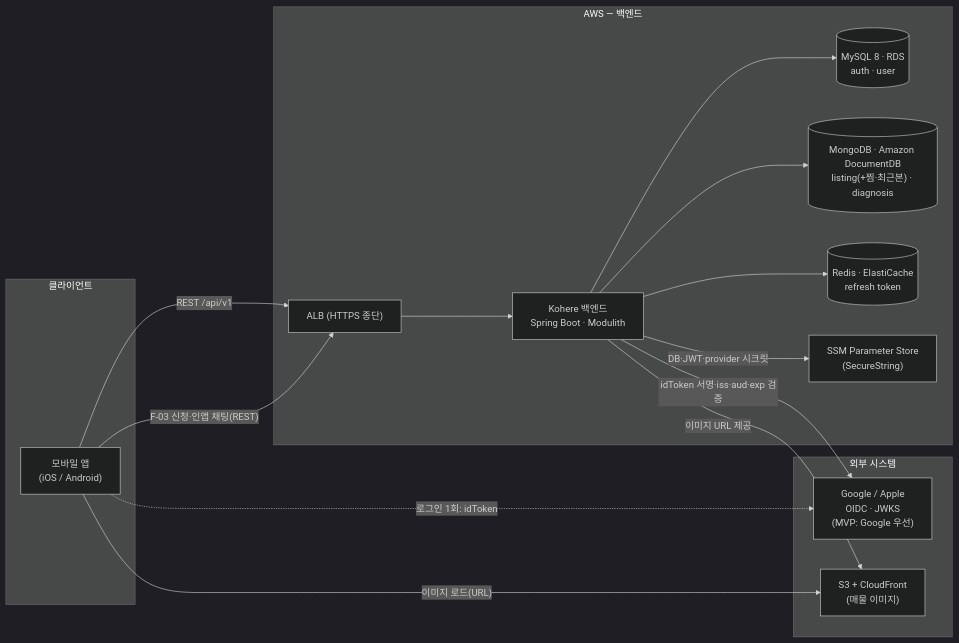
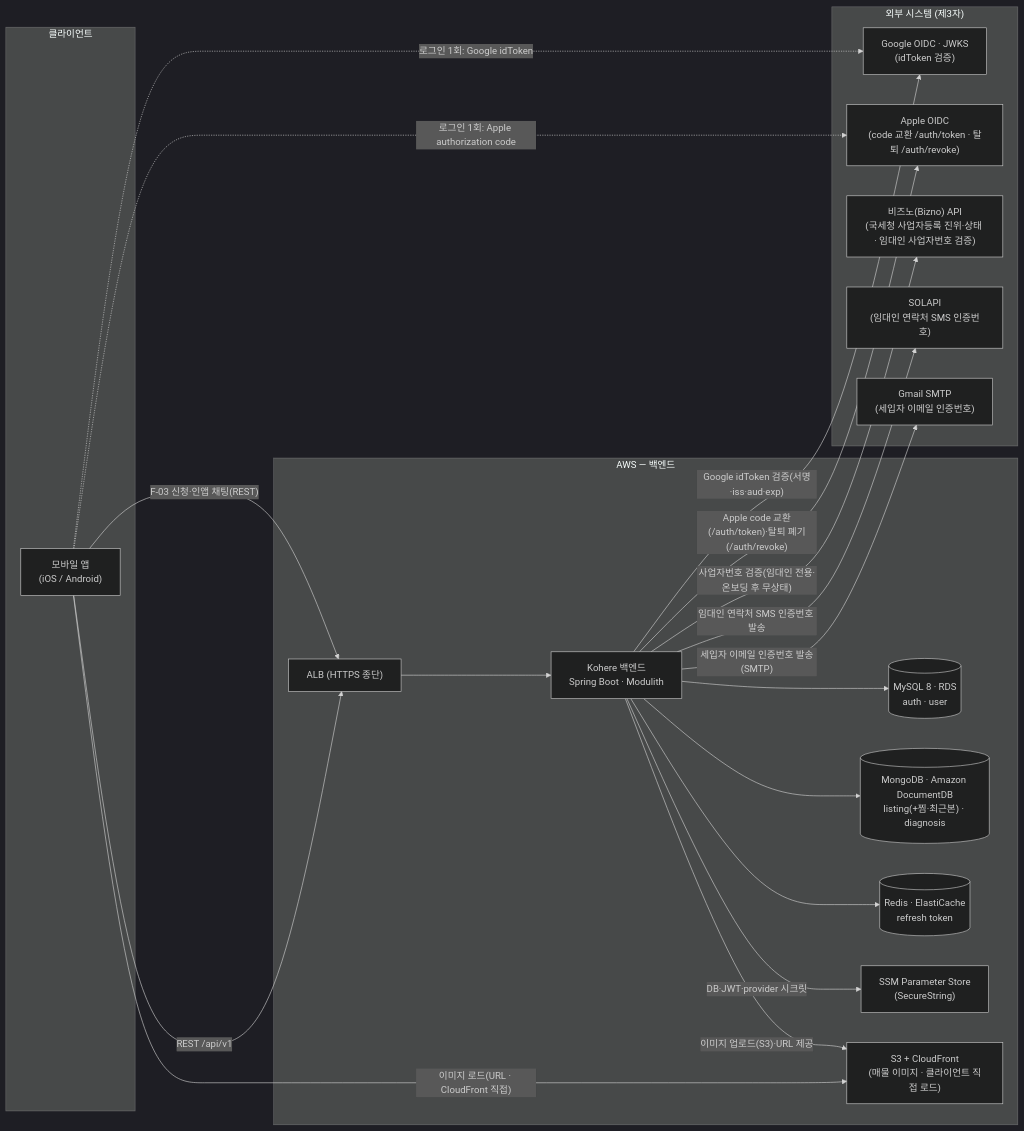
Before and after one commit to jameskim9509/Kohere-backend: the first of 5 diagrams in docs/architecture/system-overview.md, drawn with Mermaid (dark theme). The commit also changed other lines of this file and 94 other files, not shown here.

First line of the commit message:
feat(auth): 임대인 온보딩·연락처 SMS(SOLAPI)·사업자번호 검증(비즈노) (#73)

````diff
--- a/docs/architecture/system-overview.md
+++ b/docs/architecture/system-overview.md
@@ -29,32 +29,41 @@
 ```mermaid
 flowchart LR
     subgraph Client["클라이언트"]
       APP["모바일 앱<br/>(iOS / Android)"]
     end
 
-    subgraph External["외부 시스템"]
-      OIDC["Google / Apple<br/>OIDC · JWKS<br/>(MVP: Google 우선)"]
-      CDN["S3 + CloudFront<br/>(매물 이미지)"]
+    subgraph External["외부 시스템 (제3자)"]
+      OIDC["Google OIDC · JWKS<br/>(idToken 검증)"]
+      APPLE["Apple OIDC<br/>(code 교환 /auth/token · 탈퇴 /auth/revoke)"]
+      BIZNO["비즈노(Bizno) API<br/>(국세청 사업자등록 진위·상태 · 임대인 사업자번호 검증)"]
+      SOLAPI["SOLAPI<br/>(임대인 연락처 SMS 인증번호)"]
+      MAIL["Gmail SMTP<br/>(세입자 이메일 인증번호)"]
     end
 
     subgraph Cloud["AWS — 백엔드"]
       ALB["ALB (HTTPS 종단)"]
       SRV["Kohere 백엔드<br/>Spring Boot · Modulith"]
       MYSQL[("MySQL 8 · RDS<br/>auth · user")]
       MONGO[("MongoDB · Amazon DocumentDB<br/>listing(+찜·최근본) · diagnosis")]
       REDIS[("Redis · ElastiCache<br/>refresh token")]
       SECRET["SSM Parameter Store<br/>(SecureString)"]
+      CDN["S3 + CloudFront<br/>(매물 이미지 · 클라이언트 직접 로드)"]
     end
 
     APP -- "REST /api/v1" --> ALB
     ALB --> SRV
-    APP -. "로그인 1회: idToken" .-> OIDC
-    SRV -- "idToken 서명·iss·aud·exp 검증" --> OIDC
+    APP -. "로그인 1회: Google idToken" .-> OIDC
+    APP -. "로그인 1회: Apple authorization code" .-> APPLE
+    SRV -- "Google idToken 검증(서명·iss·aud·exp)" --> OIDC
+    SRV -- "Apple code 교환(/auth/token)·탈퇴 폐기(/auth/revoke)" --> APPLE
+    SRV -- "사업자번호 검증(임대인 전용·온보딩 후 무상태)" --> BIZNO
+    SRV -- "임대인 연락처 SMS 인증번호 발송" --> SOLAPI
+    SRV -- "세입자 이메일 인증번호 발송(SMTP)" --> MAIL
     SRV --> MYSQL
     SRV --> MONGO
     SRV --> REDIS
     APP -- "F-03 신청·인앱 채팅(REST)" --> ALB
-    APP -- "이미지 로드(URL)" --> CDN
-    SRV -- "이미지 URL 제공" --> CDN
+    APP -- "이미지 로드(URL · CloudFront 직접)" --> CDN
+    SRV -- "이미지 업로드(S3)·URL 제공" --> CDN
     SRV -- "DB·JWT·provider 시크릿" --> SECRET
 ```
````
